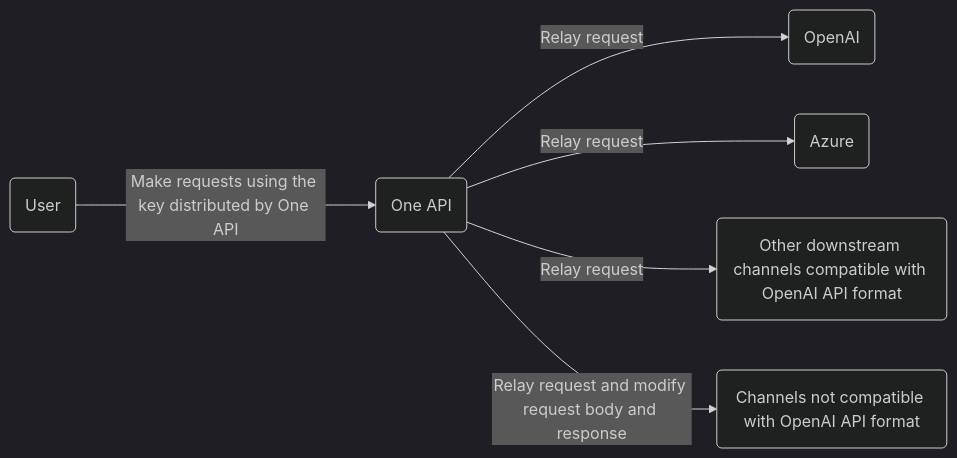
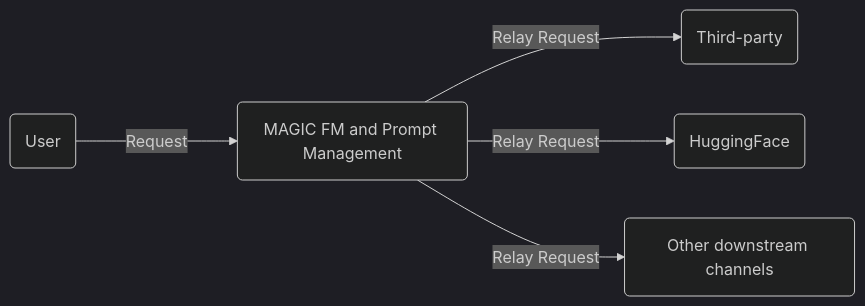
The diagram in README.md (vantech-neonetics/fm-management-app), drawn with Mermaid (dark theme) before and after one commit. The commit also changed other lines of this file, not shown here.

````diff
--- a/README.md
+++ b/README.md
@@ -267,9 +115,8 @@
 ```mermaid
 graph LR
     A(User)
-    A --->|Make requests using the key distributed by One API| B(One API)
-    B -->|Relay request| C(OpenAI)
-    B -->|Relay request| D(Azure)
-    B -->|Relay request| E(Other downstream channels compatible with OpenAI API format)
-    B -->|Relay request and modify request body and response| F(Channels not compatible with OpenAI API format)
+    A --->|Request| B(MAGIC FM and Prompt Management)
+    B -->|Relay Request| C(Third-party)
+    B -->|Relay Request| D(HuggingFace)
+    B -->|Relay Request| E(Other downstream channels)
 ```
````
